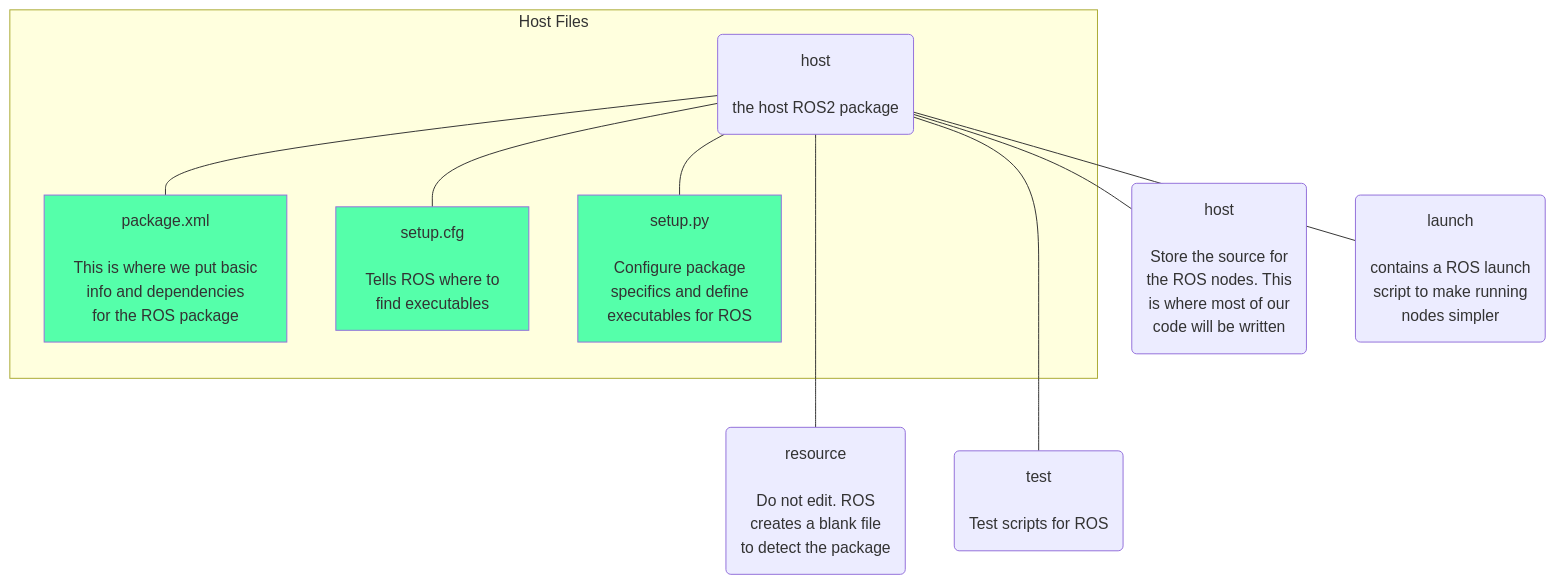
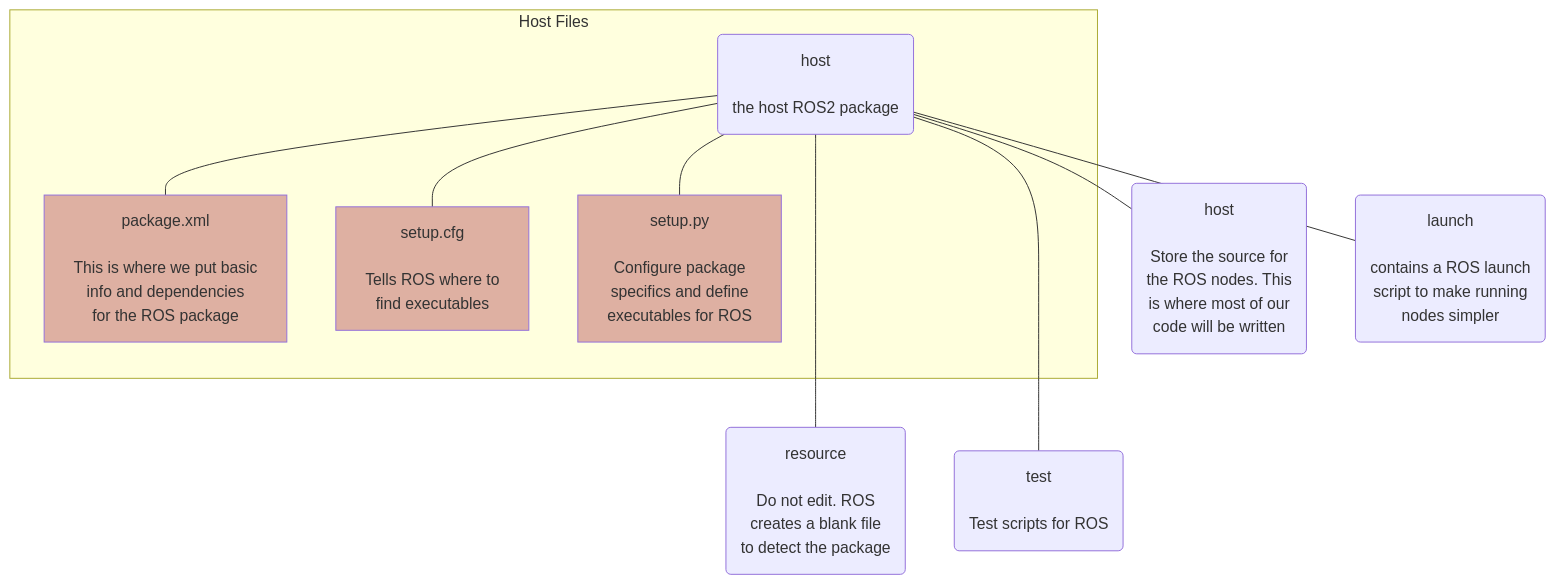
Before and after one commit to Digital-Transformation-Center/aeroprint: the second of 2 diagrams in readme.md, drawn with Mermaid. The commit also changed other lines of this file, not shown here.

````diff
--- a/readme.md
+++ b/readme.md
@@ -81,15 +83,15 @@
 ```mermaid
 graph TD
     host(host\n\n the host ROS2 package);
     host --- host2(host\n\n Store the source for\n the ROS nodes. This\n is where most of our \ncode will be written);
     host --- launch(launch \n\n contains a ROS launch\n script to make running\n nodes simpler);
     host ---- resource(resource\n\n Do not edit. ROS\n creates a blank file\n to detect the package);
     host ---- test(test\n\n Test scripts for ROS)
     subgraph Host Files
         host --- package[package.xml\n\n This is where we put basic \n info and dependencies\n for the ROS package]:::file;
         host --- setup[setup.cfg\n\n Tells ROS where to\n find executables]:::file;
         host --- setup2[setup.py\n\n Configure package\n specifics and define\n executables for ROS]:::file;
     end
 
-    classDef file fill:#5fa;
+    classDef file fill:#deb0a2;
 ```
````
